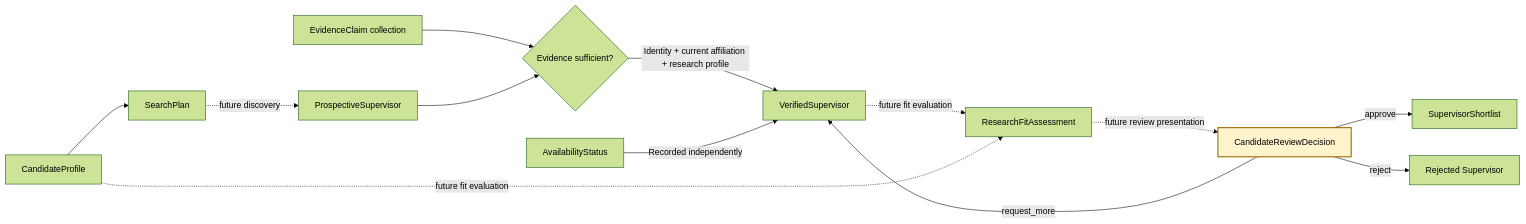
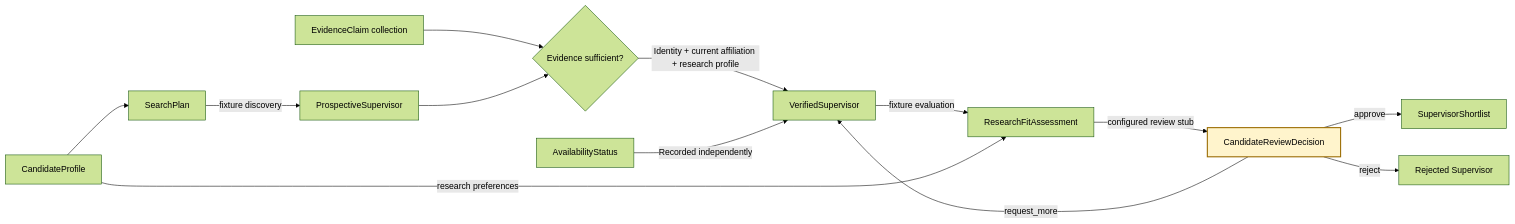
Before and after one commit to shanly-rajan/ai-builder: the third of 7 diagrams in projects/scholar-path/docs/architecture.md, drawn with Mermaid (forest theme). The commit also changed other lines of this file and 18 other files, not shown here.

````diff
--- a/projects/scholar-path/docs/architecture.md
+++ b/projects/scholar-path/docs/architecture.md
@@ -10,18 +94,18 @@
 ```mermaid
 flowchart LR
     CP[CandidateProfile] --> SP[SearchPlan]
-    SP -. future discovery .-> PS[ProspectiveSupervisor]
+    SP -->|fixture discovery| PS[ProspectiveSupervisor]
     EC[EvidenceClaim collection] --> VERIFY{Evidence sufficient?}
     PS --> VERIFY
     VERIFY -->|Identity + current affiliation + research profile| VS[VerifiedSupervisor]
     AS[AvailabilityStatus] -->|Recorded independently| VS
-    VS -. future fit evaluation .-> RF[ResearchFitAssessment]
-    CP -. future fit evaluation .-> RF
-    RF -. future review presentation .-> CR[CandidateReviewDecision]
+    VS -->|fixture evaluation| RF[ResearchFitAssessment]
+    CP -->|research preferences| RF
+    RF -->|configured review stub| CR[CandidateReviewDecision]
     CR -->|approve| SS[SupervisorShortlist]
     CR -->|reject| RS[Rejected Supervisor]
     CR -->|request_more| VS
 
     classDef human fill:#fff4cc,stroke:#9a6b00,stroke-width:2px;
     class CR human;
 ```
````
